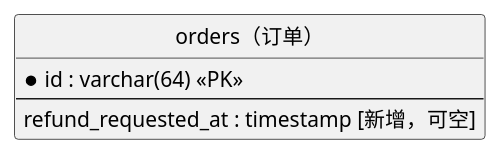
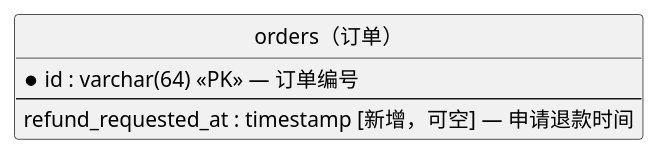
The first of 2 diagrams in keel-plan/skills/keel-plan/assets/plan-template.features/cancel-order.md (Leeycw96/harness-project), drawn with PlantUML before and after one commit. The commit also changed other lines of this file and 13 other files, not shown here.

````diff
--- a/keel-plan/skills/keel-plan/assets/plan-template.features/cancel-order.md
+++ b/keel-plan/skills/keel-plan/assets/plan-template.features/cancel-order.md
@@ -9,10 +11,10 @@
 ```plantuml
 @startuml
 hide circle
 entity "orders（订单）" as orders {
-  * id : varchar(64) <<PK>>
+  * id : varchar(64) <<PK>> — 订单编号
   --
-  refund_requested_at : timestamp [新增，可空]
+  refund_requested_at : timestamp [新增，可空] — 申请退款时间
 }
 @enduml
 ```
````
